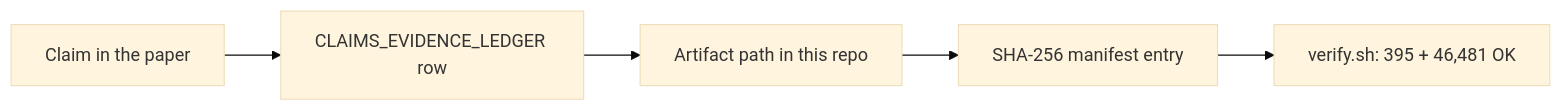
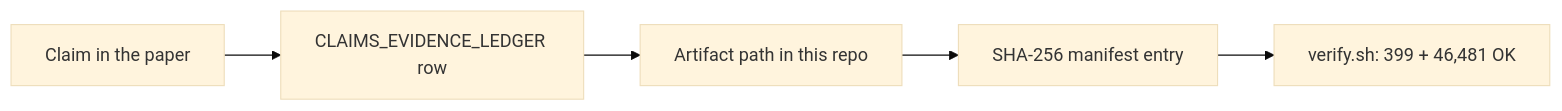
One commit to 0xLAB-art/belief-tomography-artifact changed the diagram in README.md. Above: the diagram before and after it, drawn with Mermaid (base theme). The commit also changed other lines of this file and 16 other files, not shown here.

````diff
--- a/README.md
+++ b/README.md
@@ -51,7 +51,7 @@
 ```mermaid
 flowchart LR
     A["Claim in the paper"] --> B["CLAIMS_EVIDENCE_LEDGER row"]
     B --> C["Artifact path in this repo"]
     C --> D["SHA-256 manifest entry"]
-    D --> E["verify.sh: 395 + 46,481 OK"]
+    D --> E["verify.sh: 399 + 46,481 OK"]
 ```
````
